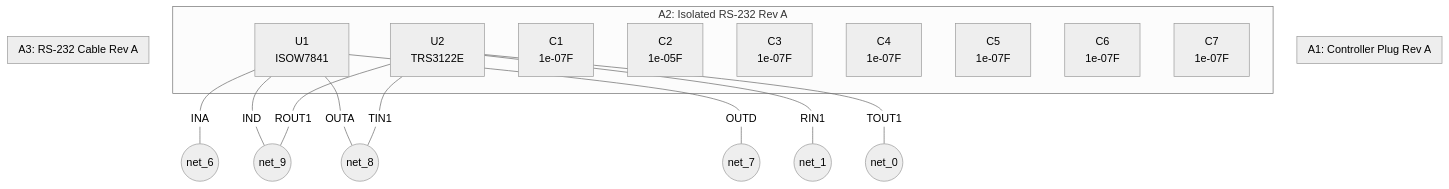
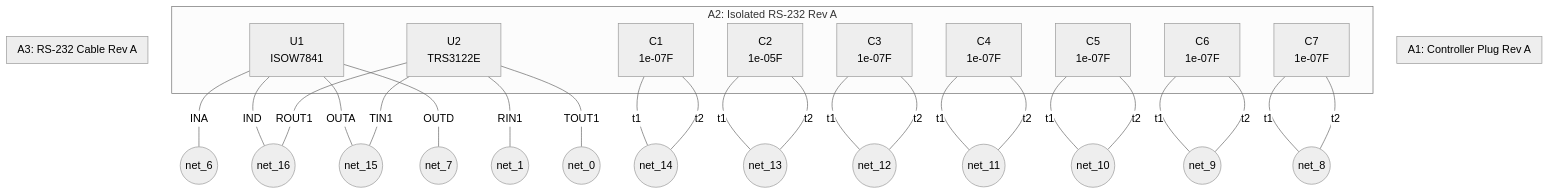
Before and after one commit to raeq/wirebench: the diagram in demos/isolated_rs232/docs/IsolatedRS232Link.mmd, drawn with Mermaid. The commit also changed 114 other files, not shown here.

```diff
--- a/demos/isolated_rs232/docs/IsolatedRS232Link.mmd
+++ b/demos/isolated_rs232/docs/IsolatedRS232Link.mmd
@@ -1,31 +1,52 @@
 %%{init: {"theme": "neutral"}}%%
 flowchart TD
     subgraph A1["A1: Controller Plug Rev A"]
     end
     subgraph A2["A2: Isolated RS-232 Rev A"]
         U1["U1<br/>ISOW7841"]
         U2["U2<br/>TRS3122E"]
         C1["C1<br/>1e-07F"]
         C2["C2<br/>1e-05F"]
         C3["C3<br/>1e-07F"]
         C4["C4<br/>1e-07F"]
         C5["C5<br/>1e-07F"]
         C6["C6<br/>1e-07F"]
         C7["C7<br/>1e-07F"]
     end
     subgraph A3["A3: RS-232 Cable Rev A"]
     end
-    net_6(("net_6"))
+    net_14(("net_14"))
+    net_13(("net_13"))
+    net_12(("net_12"))
+    net_11(("net_11"))
+    net_10(("net_10"))
     net_9(("net_9"))
     net_8(("net_8"))
+    net_6(("net_6"))
+    net_16(("net_16"))
+    net_15(("net_15"))
     net_7(("net_7"))
     net_1(("net_1"))
     net_0(("net_0"))
+    C1 ---|"t1"| net_14
+    C1 ---|"t2"| net_14
+    C2 ---|"t1"| net_13
+    C2 ---|"t2"| net_13
+    C3 ---|"t1"| net_12
+    C3 ---|"t2"| net_12
+    C4 ---|"t1"| net_11
+    C4 ---|"t2"| net_11
+    C5 ---|"t1"| net_10
+    C5 ---|"t2"| net_10
+    C6 ---|"t1"| net_9
+    C6 ---|"t2"| net_9
+    C7 ---|"t1"| net_8
+    C7 ---|"t2"| net_8
     U1 ---|"INA"| net_6
-    U1 ---|"IND"| net_9
-    U1 ---|"OUTA"| net_8
+    U1 ---|"IND"| net_16
+    U1 ---|"OUTA"| net_15
     U1 ---|"OUTD"| net_7
     U2 ---|"RIN1"| net_1
-    U2 ---|"ROUT1"| net_9
-    U2 ---|"TIN1"| net_8
+    U2 ---|"ROUT1"| net_16
+    U2 ---|"TIN1"| net_15
     U2 ---|"TOUT1"| net_0
```
